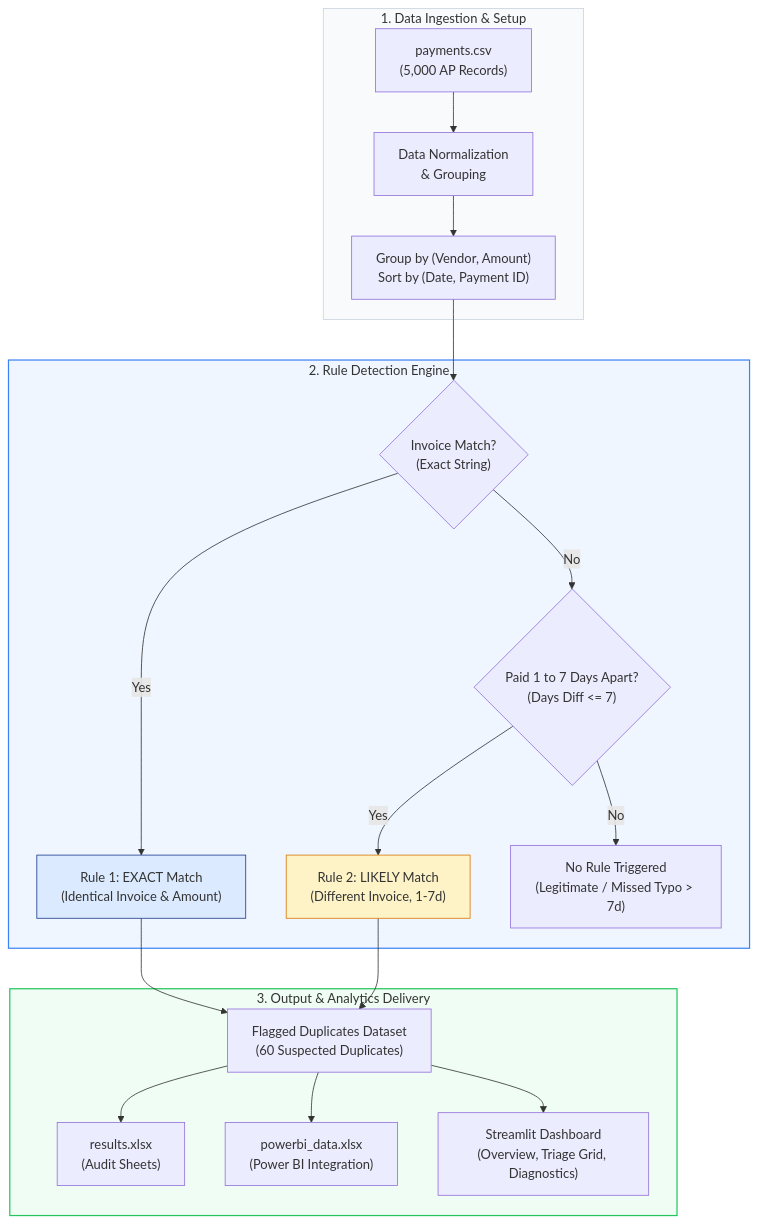
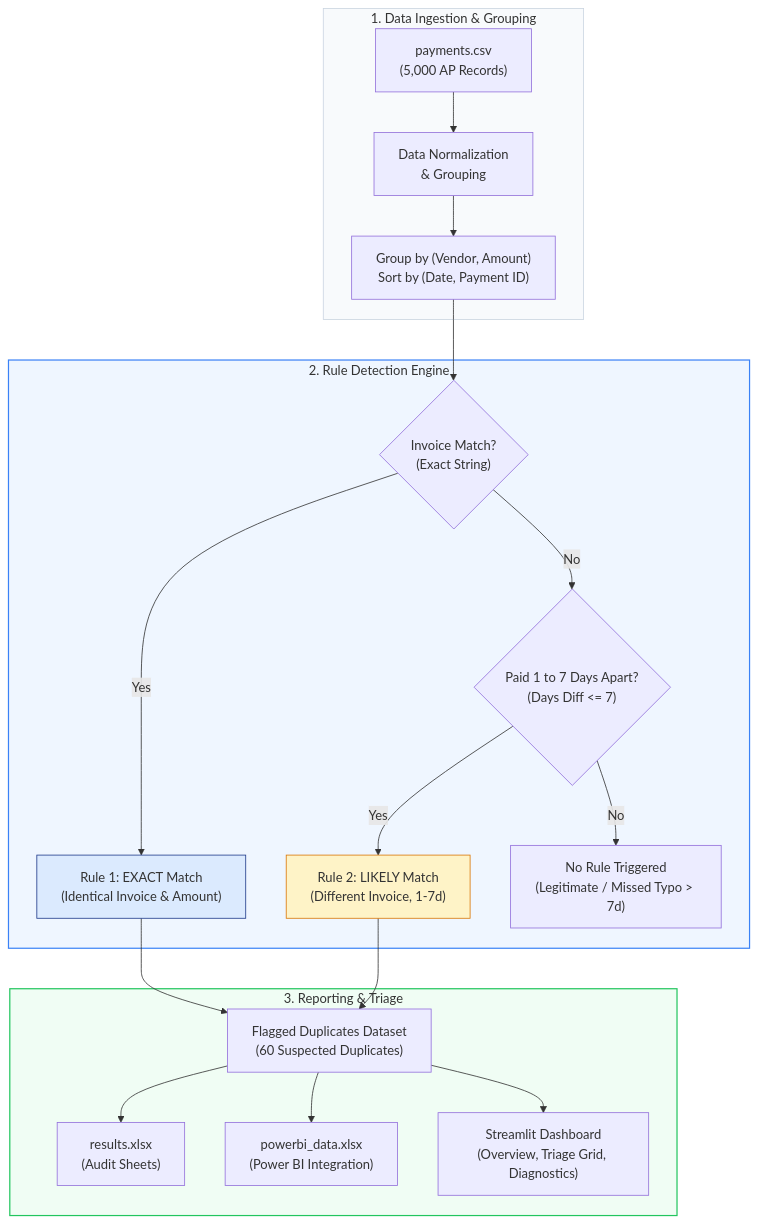
The first of 2 diagrams in README.md (RidhimaSharma11404/duplicate-payment-finder), drawn with Mermaid before and after one commit. The commit also changed other lines of this file, not shown here.

````diff
--- a/README.md
+++ b/README.md
@@ -30,29 +96,29 @@
 ```mermaid
 flowchart TD
-    subgraph Data_Layer ["1. Data Ingestion & Setup"]
+    subgraph Data_Layer ["1. Data Ingestion & Grouping"]
         A["payments.csv\n(5,000 AP Records)"] --> B["Data Normalization\n& Grouping"]
         B --> C["Group by (Vendor, Amount)\nSort by (Date, Payment ID)"]
     end
 
     subgraph Detection_Engine ["2. Rule Detection Engine"]
         C --> D{"Invoice Match?\n(Exact String)"}
         D -- "Yes" --> E["Rule 1: EXACT Match\n(Identical Invoice & Amount)"]
         D -- "No" --> F{"Paid 1 to 7 Days Apart?\n(Days Diff <= 7)"}
         F -- "Yes" --> G["Rule 2: LIKELY Match\n(Different Invoice, 1-7d)"]
         F -- "No" --> H["No Rule Triggered\n(Legitimate / Missed Typo > 7d)"]
     end
 
-    subgraph Output_Layer ["3. Output & Analytics Delivery"]
+    subgraph Output_Layer ["3. Reporting & Triage"]
         E --> I["Flagged Duplicates Dataset\n(60 Suspected Duplicates)"]
         G --> I
         I --> J["results.xlsx\n(Audit Sheets)"]
         I --> K["powerbi_data.xlsx\n(Power BI Integration)"]
         I --> L["Streamlit Dashboard\n(Overview, Triage Grid, Diagnostics)"]
     end
 
     style Data_Layer fill:#f8fafc,stroke:#cbd5e1,stroke-width:1px
     style Detection_Engine fill:#eff6ff,stroke:#3b82f6,stroke-width:1.5px
     style Output_Layer fill:#f0fdf4,stroke:#22c55e,stroke-width:1.5px
     style E fill:#dbeafe,stroke:#1e3a8a,stroke-width:1px
     style G fill:#fef3c7,stroke:#d97706,stroke-width:1px
 ```
````
